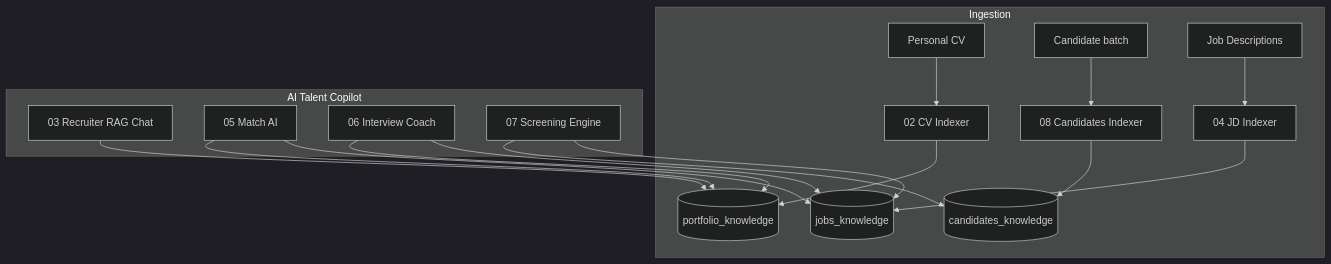
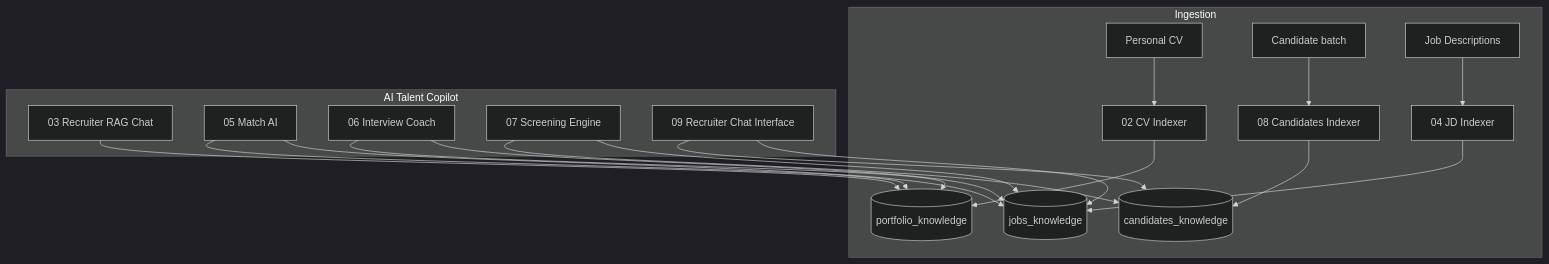
One commit to delpozochristian/ai-automation-portfolio changed the second of 2 diagrams in README.md. Above: the diagram before and after it, drawn with Mermaid (dark theme). The commit also changed other lines of this file and 5 other files, not shown here.

First line of the commit message:
Add Recruiter Chat Interface for evidence-backed Q&A

````diff
--- a/README.md
+++ b/README.md
@@ -130,25 +134,28 @@
 ```mermaid
 flowchart TB
     subgraph ingest [Ingestion]
         CV1[Personal CV] --> W02[02 CV Indexer]
         CVn[Candidate batch] --> W08[08 Candidates Indexer]
         JD[Job Descriptions] --> W04[04 JD Indexer]
         W02 --> Q1[(portfolio_knowledge)]
         W08 --> Q3[(candidates_knowledge)]
         W04 --> Q2[(jobs_knowledge)]
     end
 
     subgraph copilots [AI Talent Copilot]
         W03[03 Recruiter RAG Chat]
         W05[05 Match AI]
         W06[06 Interview Coach]
         W07[07 Screening Engine]
+        W09[09 Recruiter Chat Interface]
         W03 --> Q1
         W05 --> Q1
         W05 --> Q2
         W06 --> Q1
         W06 --> Q2
         W07 --> Q3
         W07 --> Q2
+        W09 --> Q3
+        W09 --> Q2
     end
 ```
````
